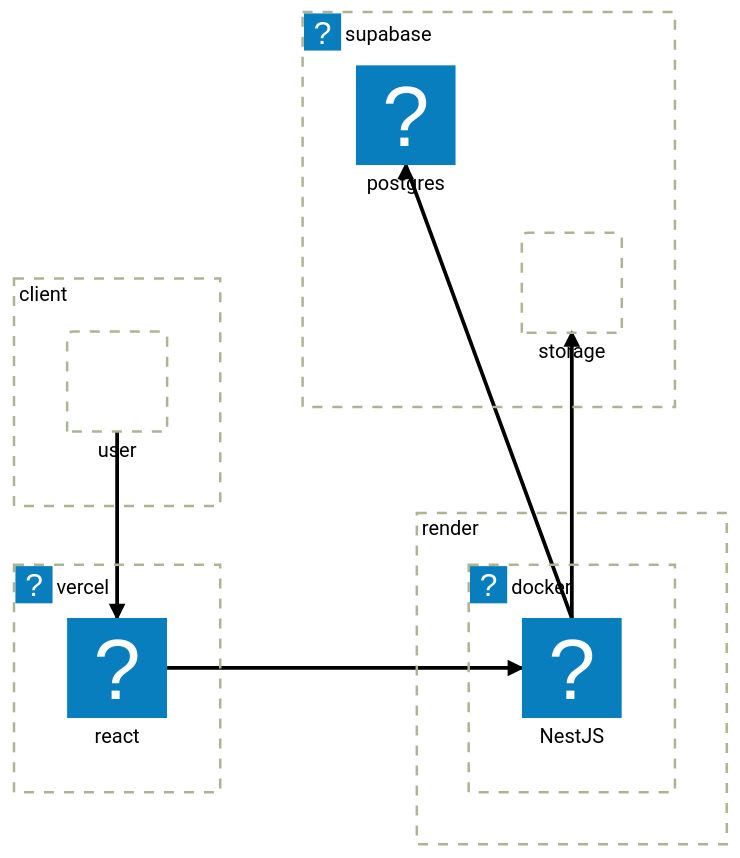
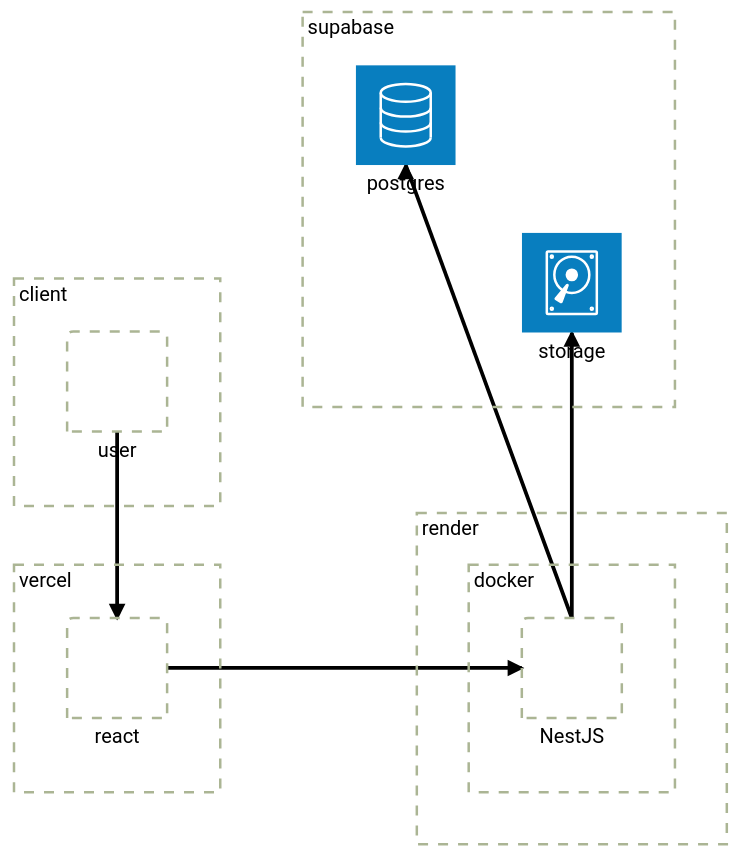
The first of 4 diagrams in readme.md (shu-hi/react), drawn with Mermaid (forest theme) before and after one commit. The commit also changed other lines of this file and 2 other files, not shown here.

````diff
--- a/readme.md
+++ b/readme.md
@@ -28,19 +28,19 @@
 ```mermaid
 architecture-beta
     group client[client]
-    group vercel(vercel-icon)[vercel]
+    group vercel[vercel]
     group render[render]
-    group docker(docker-icon)[docker] in render
-    group supabase(supabase-icon)[supabase]
+    group docker[docker] in render
+    group supabase[supabase]
     
     service user[user] in client
-    service react(react)[react] in vercel
-    service NestJS(nextjs-icon)[NestJS] in docker
-    service rdbms(postgresql)[postgres] in supabase
-    service bucket[storage] in supabase
+    service react[react] in vercel
+    service NestJS[NestJS] in docker
+    service rdbms(database)[postgres] in supabase
+    service bucket(disk)[storage] in supabase
     
     user:B --> T:react
     react:R --> L:NestJS
     NestJS:T --> B:rdbms
     NestJS:T --> B:bucket
 ```
````
